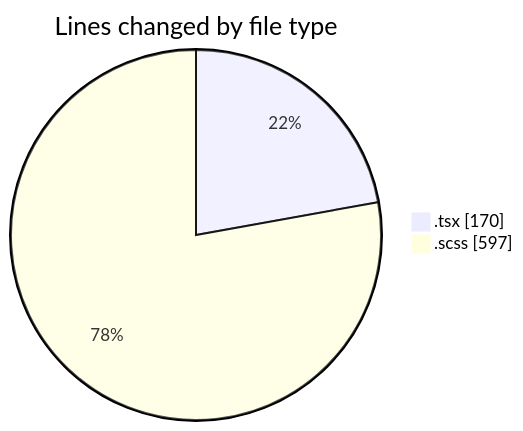
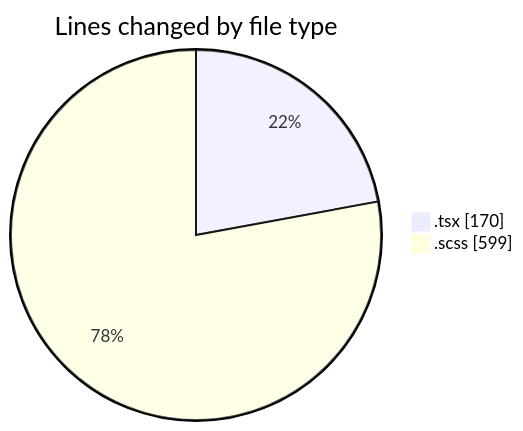
One commit to momahboobian/code-tracking changed the first of 2 diagrams in 2025-03-27/cda/README.md. Above: the diagram before and after it, drawn with Mermaid. The commit also changed other lines of this file and 1 other file, not shown here.

````diff
--- a/2025-03-27/cda/README.md
+++ b/2025-03-27/cda/README.md
@@ -21,6 +21,6 @@
 ```mermaid
 pie showData
 title Lines changed by file type
 ".tsx" : 170
-".scss" : 597
+".scss" : 599
 ```
````
